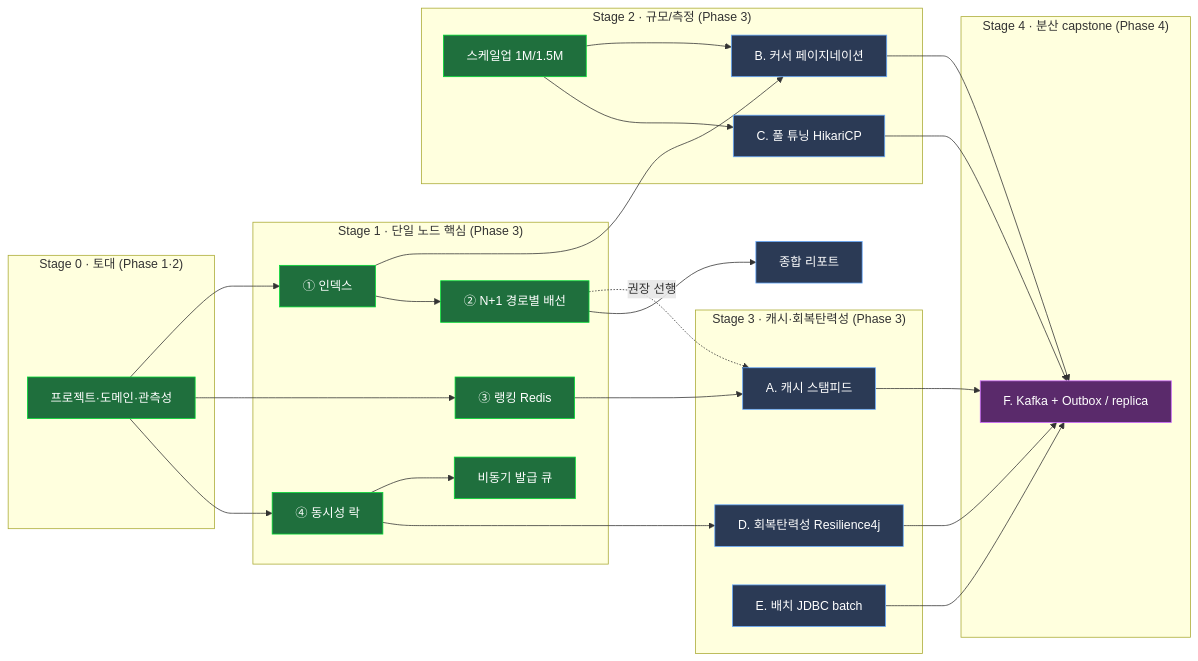
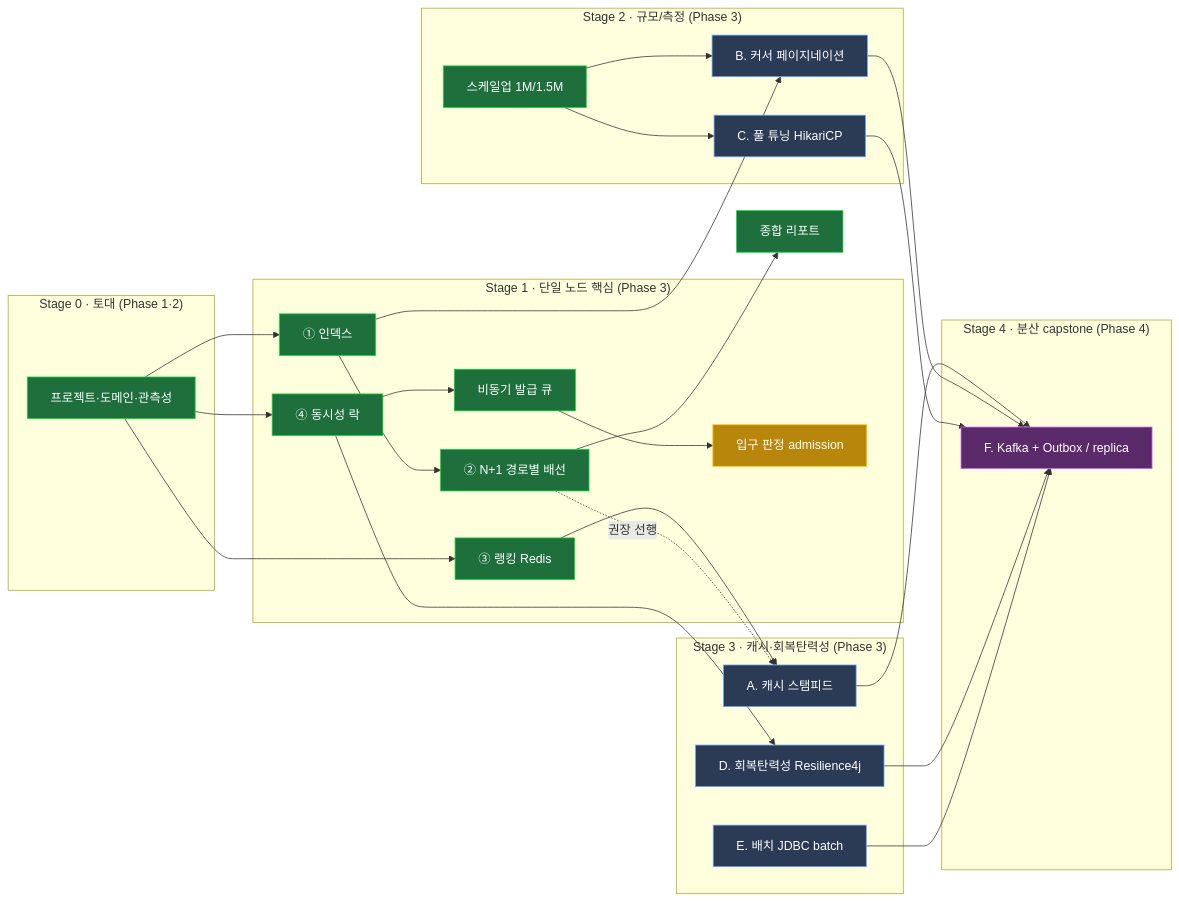
One commit to data-sy/high-traffic-performance-tuning changed the diagram in ROADMAP.md. Above: the diagram before and after it, drawn with Mermaid. The commit also changed other lines of this file, not shown here.

First line of the commit message:
docs(roadmap): Now 교체 — 3-10 커서 Next 강등, 3-11 입구 판정 승격

````diff
--- a/ROADMAP.md
+++ b/ROADMAP.md
@@ -13,47 +13,49 @@
 ```mermaid
 flowchart LR
     classDef done fill:#1f6f3d,stroke:#0d3,color:#fff;
     classDef next fill:#b8860b,stroke:#fc0,color:#fff;
     classDef todo fill:#2b3a55,stroke:#6af,color:#fff;
     classDef cap fill:#5a2a6b,stroke:#c6f,color:#fff;
 
     subgraph S0["Stage 0 · 토대 (Phase 1·2)"]
         F0["프로젝트·도메인·관측성"]:::done
     end
 
     subgraph S1["Stage 1 · 단일 노드 핵심 (Phase 3)"]
         I["① 인덱스"]:::done
         R["③ 랭킹 Redis"]:::done
         C4["④ 동시성 락"]:::done
         AS["비동기 발급 큐"]:::done
         N["② N+1 경로별 배선"]:::done
+        AD["입구 판정 admission"]:::next
     end
 
     subgraph S2["Stage 2 · 규모/측정 (Phase 3)"]
         SU["스케일업 1M/1.5M"]:::done
         B["B. 커서 페이지네이션"]:::todo
         C["C. 풀 튜닝 HikariCP"]:::todo
     end
 
     subgraph S3["Stage 3 · 캐시·회복탄력성 (Phase 3)"]
         A["A. 캐시 스탬피드"]:::todo
         D["D. 회복탄력성 Resilience4j"]:::todo
         E["E. 배치 JDBC batch"]:::todo
     end
 
     subgraph S4["Stage 4 · 분산 capstone (Phase 4)"]
         FF["F. Kafka + Outbox / replica"]:::cap
     end
 
-    DOC["종합 리포트"]:::todo
+    DOC["종합 리포트"]:::done
 
     F0 --> I & R & C4
     I --> B
     I --> N
     R --> A
     C4 --> AS & D
+    AS --> AD
     SU --> B & C
     N -.권장 선행.-> A
     N --> DOC
     A & B & C & D & E --> FF
 ```
````
